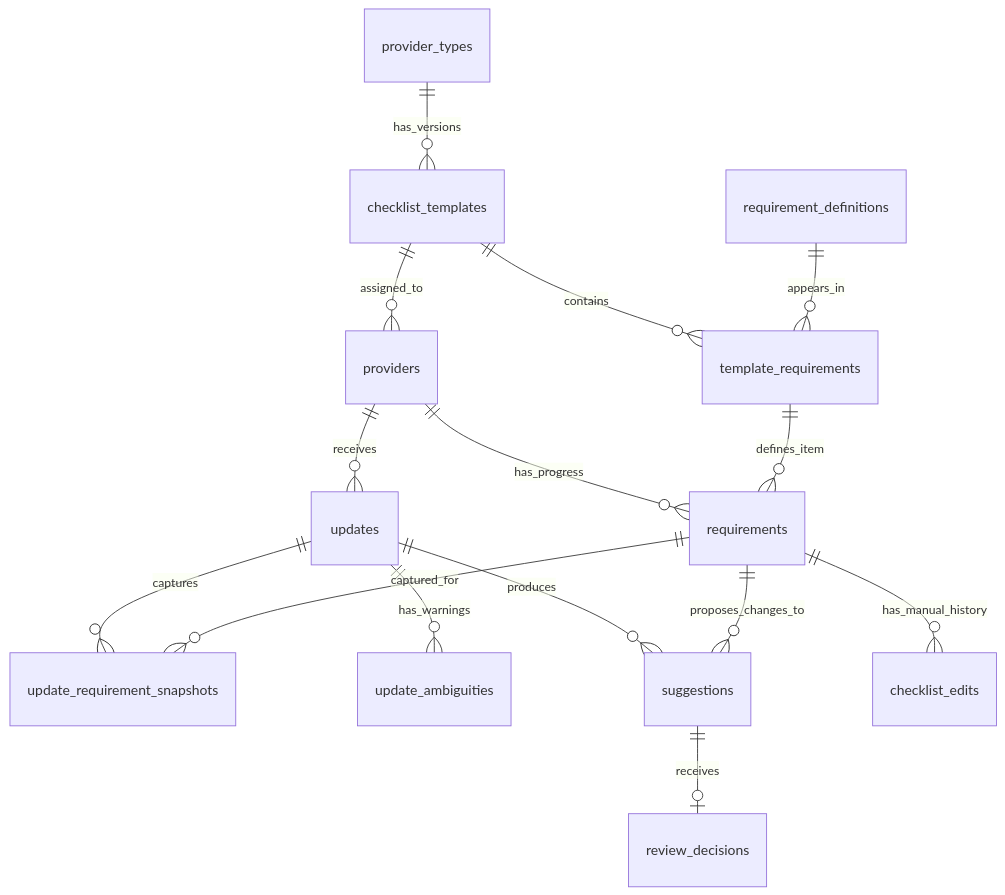
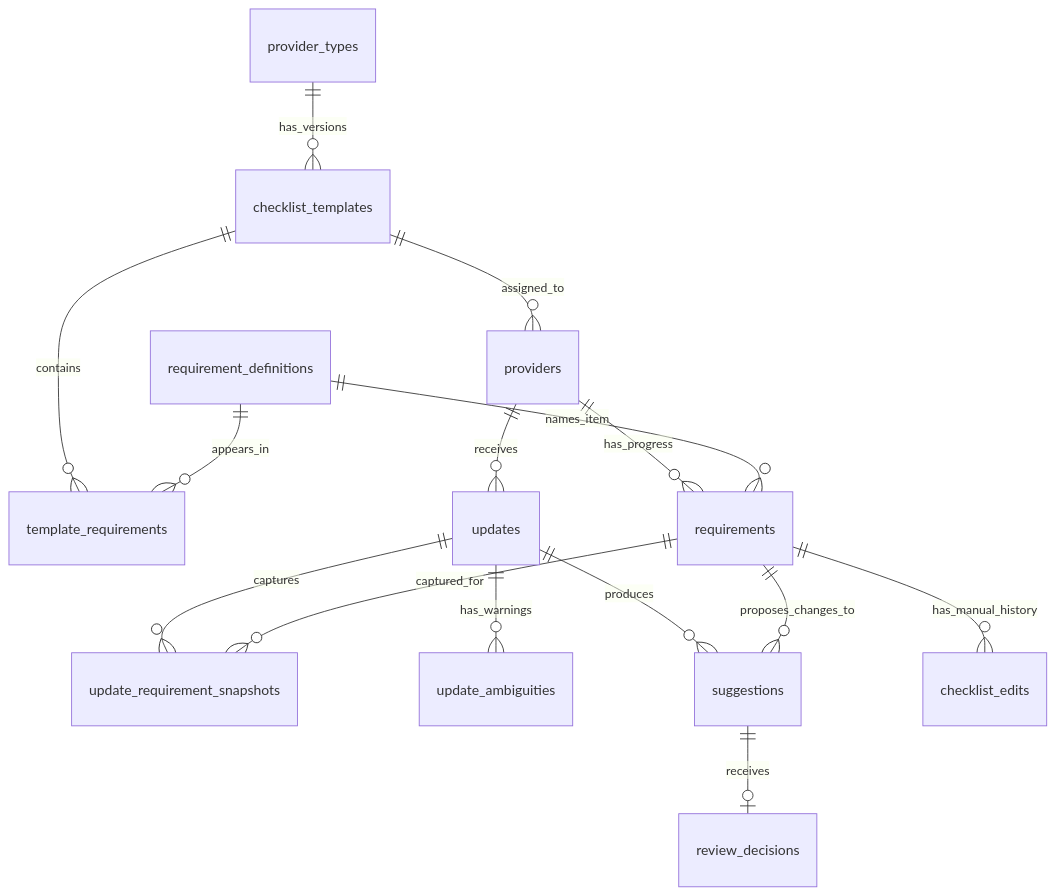
The diagram in docs/database-design.md (lizzypine/onboard-hq), drawn with Mermaid before and after one commit. The commit also changed other lines of this file and 54 other files, not shown here.

````diff
--- a/docs/database-design.md
+++ b/docs/database-design.md
@@ -92,17 +95,17 @@
 ```mermaid
 erDiagram
     provider_types ||--o{ checklist_templates : has_versions
     checklist_templates ||--o{ template_requirements : contains
     requirement_definitions ||--o{ template_requirements : appears_in
     checklist_templates ||--o{ providers : assigned_to
     providers ||--o{ requirements : has_progress
-    template_requirements ||--o{ requirements : defines_item
+    requirement_definitions ||--o{ requirements : names_item
     providers ||--o{ updates : receives
     updates ||--o{ update_requirement_snapshots : captures
     requirements ||--o{ update_requirement_snapshots : captured_for
     updates ||--o{ update_ambiguities : has_warnings
     updates ||--o{ suggestions : produces
     requirements ||--o{ suggestions : proposes_changes_to
     suggestions ||--o| review_decisions : receives
     requirements ||--o{ checklist_edits : has_manual_history
 ```
````
